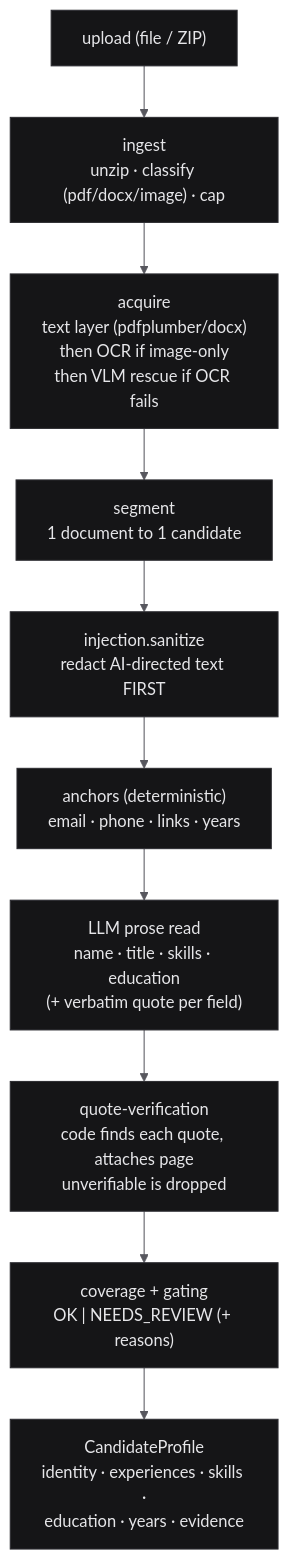
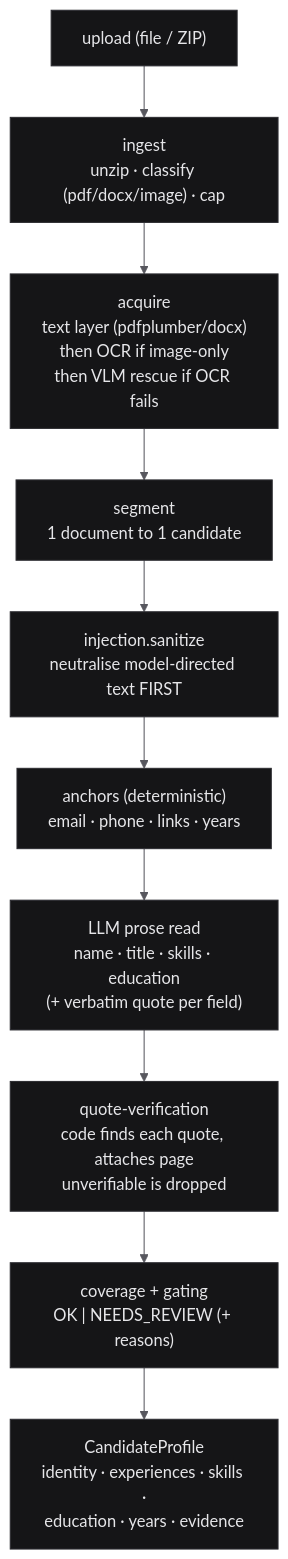
Before and after one commit to Almehmadi-Ai/sirah: the second of 5 diagrams in docs/architecture.md, drawn with Mermaid. The commit also changed other lines of this file and 94 other files, not shown here.

````diff
--- a/docs/architecture.md
+++ b/docs/architecture.md
@@ -64,13 +75,13 @@
 ```mermaid
 %%{init: {'theme':'base','themeVariables':{'fontFamily':'ui-monospace, Menlo, Consolas, monospace','primaryColor':'#151517','primaryBorderColor':'#2C2C31','primaryTextColor':'#E6E6E9','lineColor':'#57575E','clusterBkg':'#0C0C0E','clusterBorder':'#242429','titleColor':'#9A9AA2'}}}%%
 flowchart TB
     U["upload (file / ZIP)"] --> ing["ingest<br/>unzip · classify (pdf/docx/image) · cap"]
     ing --> acq["acquire<br/>text layer (pdfplumber/docx)<br/>then OCR if image-only<br/>then VLM rescue if OCR fails"]
     acq --> seg["segment<br/>1 document to 1 candidate"]
-    seg --> inj["injection.sanitize<br/>redact AI-directed text FIRST"]
+    seg --> inj["injection.sanitize<br/>neutralise model-directed text FIRST"]
     inj --> anc["anchors (deterministic)<br/>email · phone · links · years"]
     anc --> llm["LLM prose read<br/>name · title · skills · education<br/>(+ verbatim quote per field)"]
     llm --> ver["quote-verification<br/>code finds each quote, attaches page<br/>unverifiable is dropped"]
     ver --> gate["coverage + gating<br/>OK | NEEDS_REVIEW (+ reasons)"]
     gate --> prof["CandidateProfile<br/>identity · experiences · skills ·<br/>education · years · evidence"]
 ```
````
